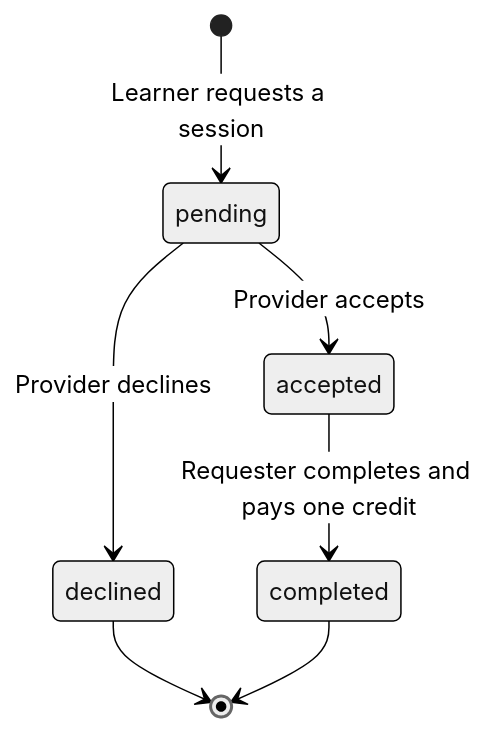
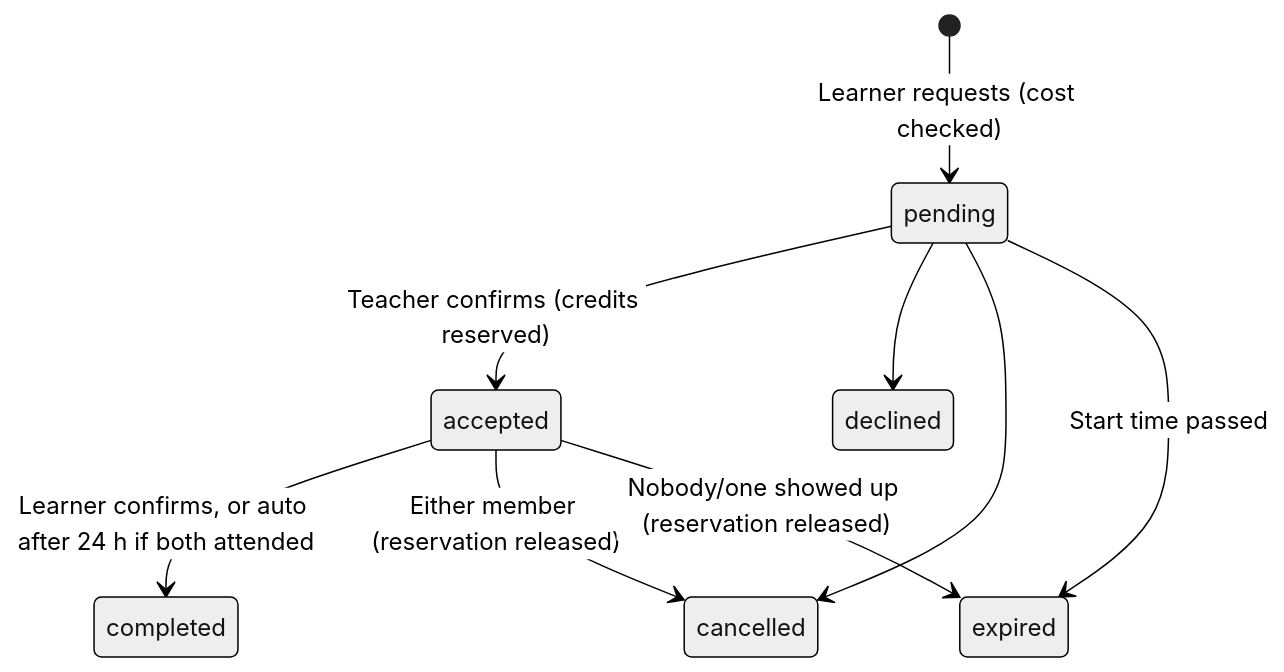
One commit to eeemrann/skillswap changed the second of 2 diagrams in README.md. Above: the diagram before and after it, drawn with Mermaid (neutral theme). The commit also changed other lines of this file and 135 other files, not shown here.

Commit message:
Integrated new features and improvements across client and server components, including enhanced billing, booking, session management, and real-time communication functionalities. Updated documentation and added new tests for comprehensive coverage.

````diff
--- a/README.md
+++ b/README.md
@@ -109,9 +72,11 @@
 ```mermaid
 stateDiagram-v2
-    [*] --> pending: Learner requests a session
-    pending --> accepted: Provider accepts
-    pending --> declined: Provider declines
-    accepted --> completed: Requester completes and pays one credit
-    declined --> [*]
-    completed --> [*]
+    [*] --> pending: Learner requests (cost checked)
+    pending --> accepted: Teacher confirms (credits reserved)
+    pending --> declined
+    pending --> cancelled
+    pending --> expired: Start time passed
+    accepted --> completed: Learner confirms, or auto after 24 h if both attended
+    accepted --> cancelled: Either member (reservation released)
+    accepted --> expired: Nobody/one showed up (reservation released)
 ```
````
